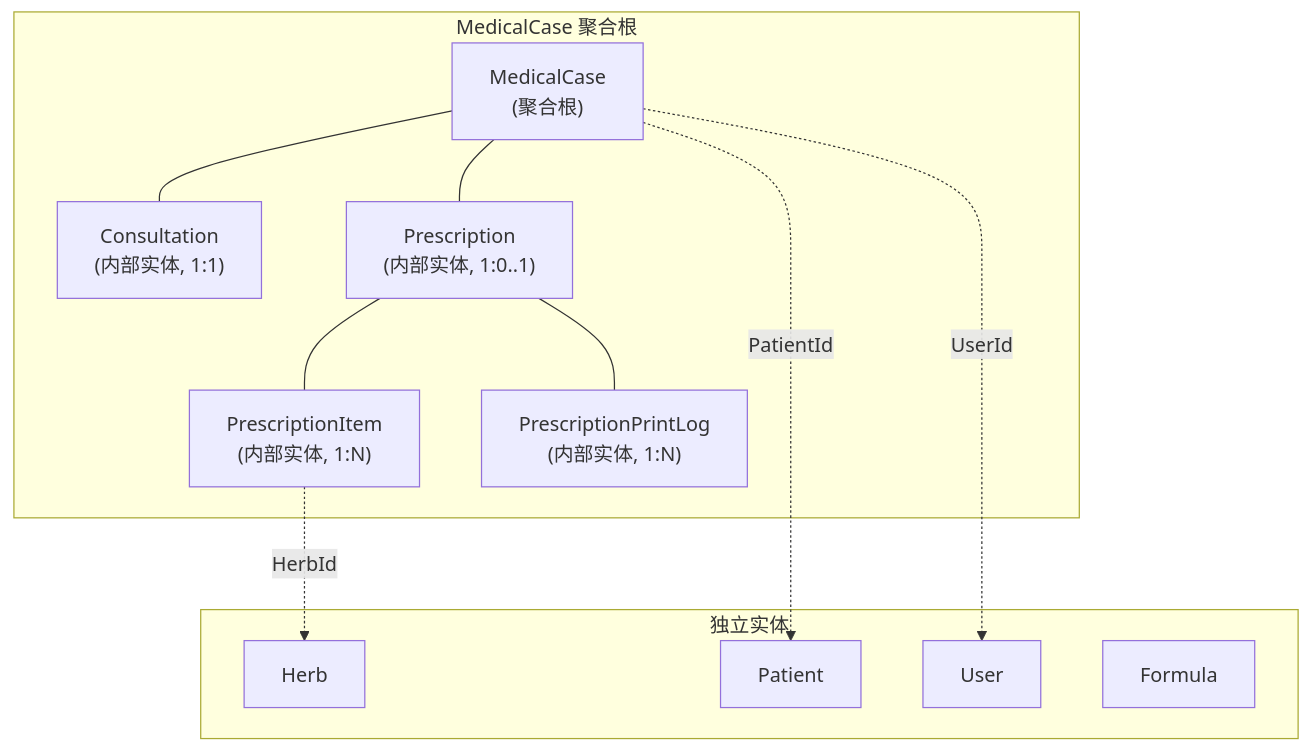
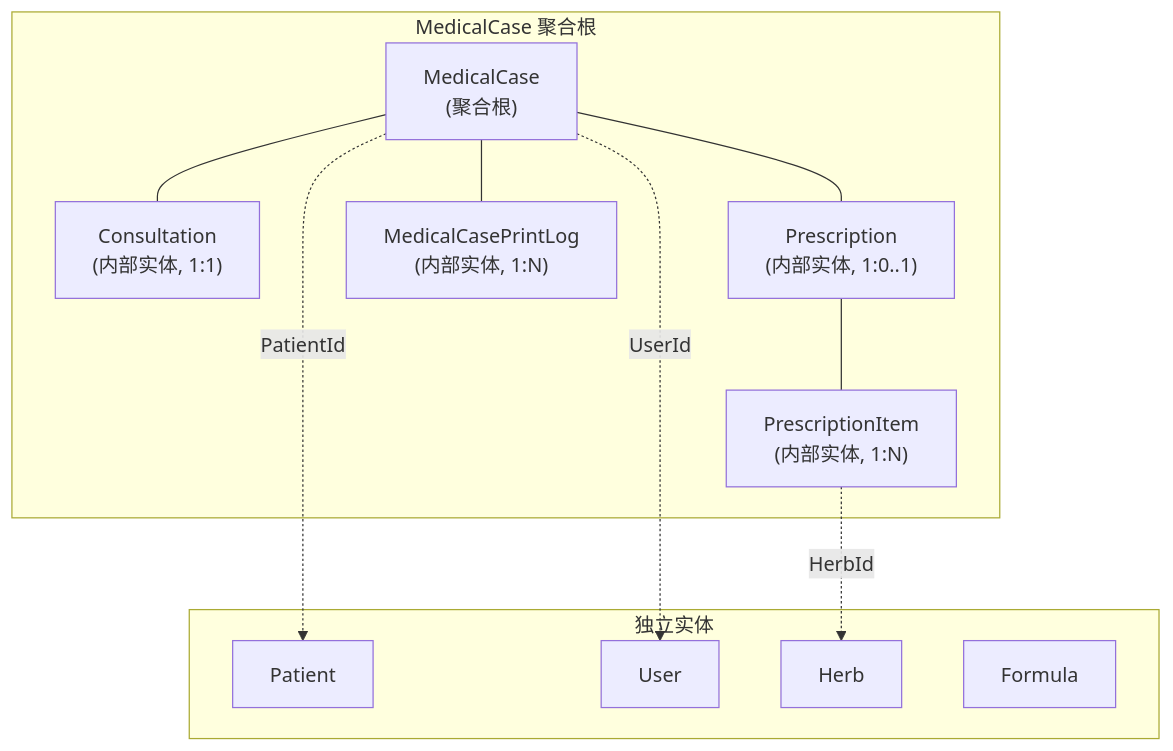
The second of 2 diagrams in docs/03-architecture/data-model.md (shouqitao/LYBTZYZS), drawn with Mermaid before and after one commit. The commit also changed other lines of this file and 15 other files, not shown here.

````diff
--- a/docs/03-architecture/data-model.md
+++ b/docs/03-architecture/data-model.md
@@ -26,25 +26,25 @@
 ```mermaid
 graph TB
     subgraph AggregateRoot["MedicalCase 聚合根"]
         MC["MedicalCase<br>(聚合根)"]
         C["Consultation<br>(内部实体, 1:1)"]
         P["Prescription<br>(内部实体, 1:0..1)"]
         PI["PrescriptionItem<br>(内部实体, 1:N)"]
-        PPL["PrescriptionPrintLog<br>(内部实体, 1:N)"]
+        MCPL["MedicalCasePrintLog<br>(内部实体, 1:N)"]
         MC --- C
         MC --- P
+        MC --- MCPL
         P --- PI
-        P --- PPL
     end
 
     subgraph Independent["独立实体"]
         Patient
         User
         Herb
         Formula
     end
 
     MC -.->|PatientId| Patient
     MC -.->|UserId| User
     PI -.->|HerbId| Herb
 ```
````
